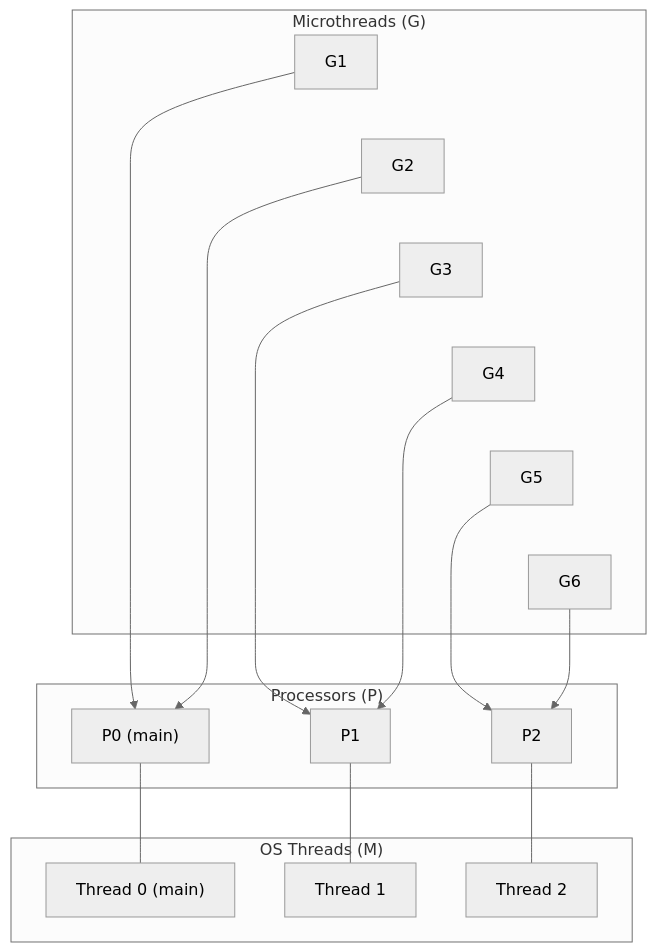
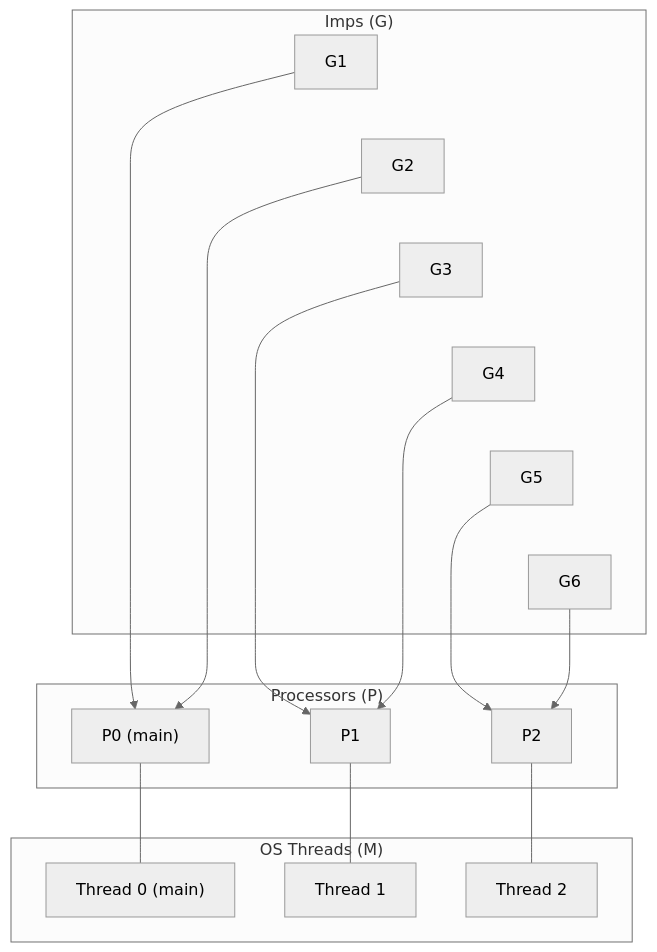
One commit to marcelocantos/csp changed the first of 2 diagrams in docs/guide/09-concurrency.md. Above: the diagram before and after it, drawn with Mermaid (neutral theme). The commit also changed other lines of this file and 132 other files, not shown here.

````diff
--- a/docs/guide/09-concurrency.md
+++ b/docs/guide/09-concurrency.md
@@ -42,25 +42,25 @@
 ```mermaid
 graph TD
-    subgraph "Microthreads (G)"
+    subgraph "Imps (G)"
         G1["G1"] ~~~ G2["G2"] ~~~ G3["G3"] ~~~ G4["G4"] ~~~ G5["G5"] ~~~ G6["G6"]
     end
     subgraph "Processors (P)"
         P0["P0 (main)"]
         P1["P1"]
         P2["P2"]
     end
     subgraph "OS Threads (M)"
         M0["Thread 0 (main)"]
         M1["Thread 1"]
         M2["Thread 2"]
     end
     G1 --> P0
     G2 --> P0
     G3 --> P1
     G4 --> P1
     G5 --> P2
     G6 --> P2
     P0 --- M0
     P1 --- M1
     P2 --- M2
 ```
````
